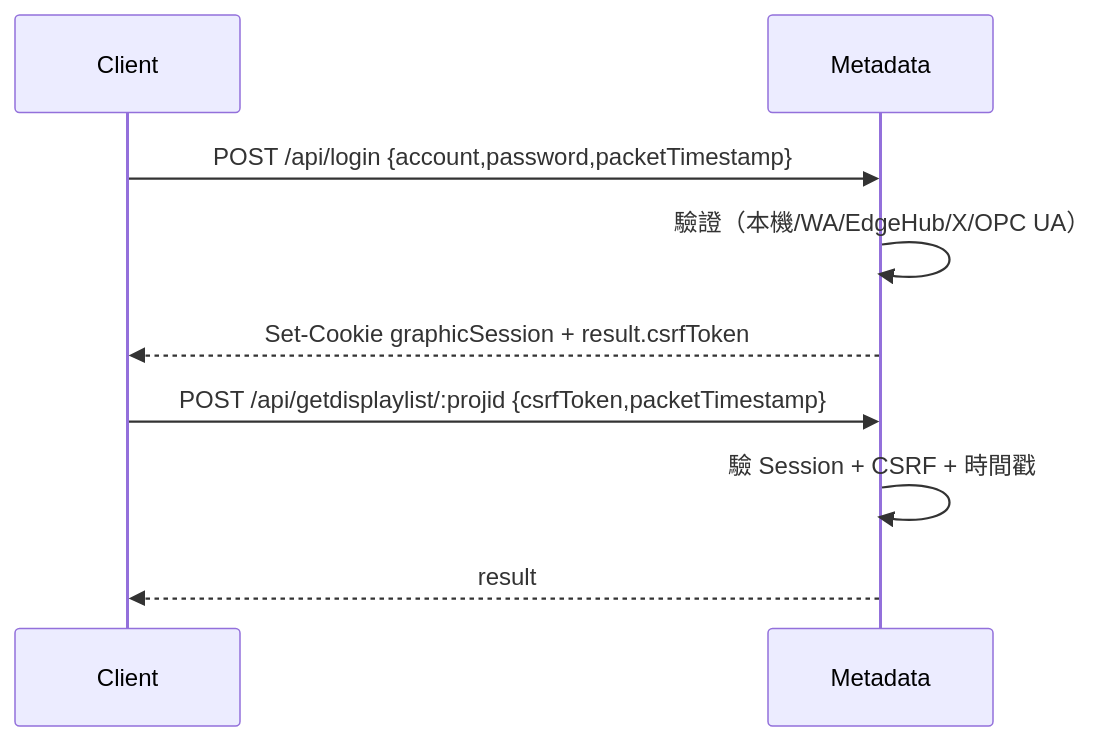
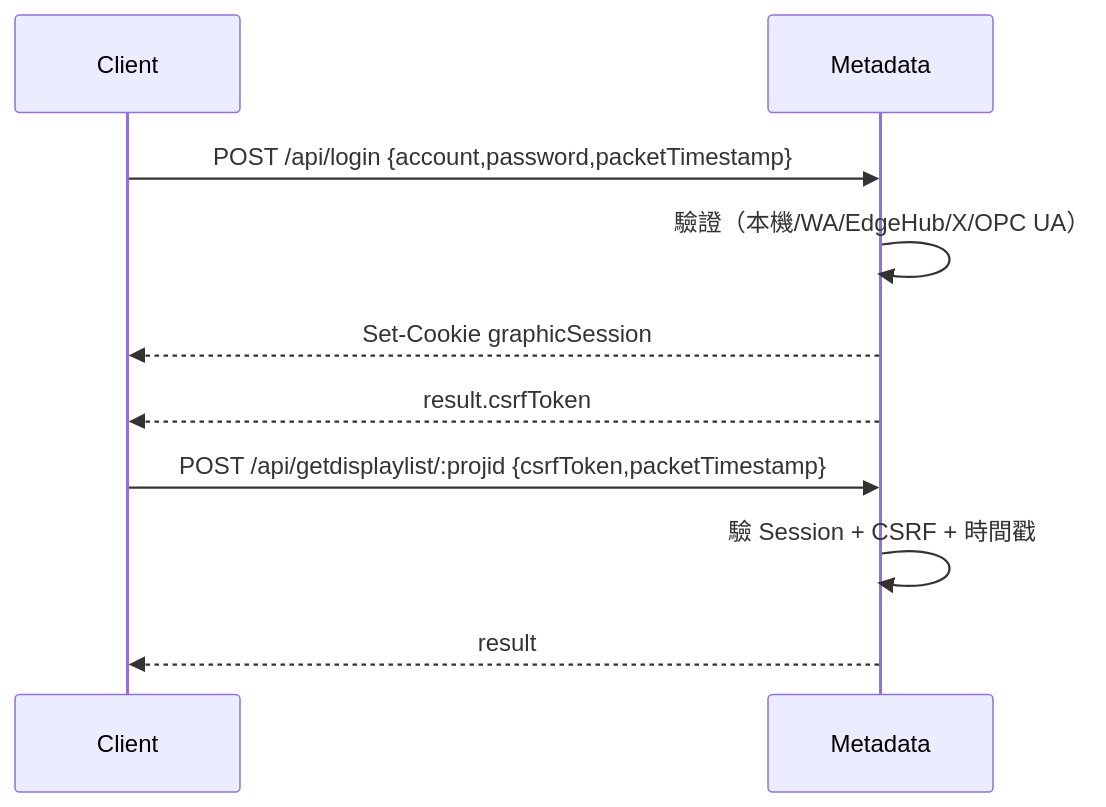
Before and after one commit to PochengChen-del/EdgeViewDoc: the first of 2 diagrams in SDS/07_Interface_Design.md, drawn with Mermaid. The commit also changed 9 other files, not shown here.

Commit message:
security: drop redundant CSRF cookie and encrypt session passwords

````diff
--- a/SDS/07_Interface_Design.md
+++ b/SDS/07_Interface_Design.md
@@ -66,11 +66,12 @@
 ```mermaid
 sequenceDiagram
     participant C as Client
     participant M as Metadata
     C->>M: POST /api/login {account,password,packetTimestamp}
     M->>M: 驗證（本機/WA/EdgeHub/X/OPC UA）
-    M-->>C: Set-Cookie graphicSession + result.csrfToken
+    M-->>C: Set-Cookie graphicSession
+    M-->>C: result.csrfToken
     C->>M: POST /api/getdisplaylist/:projid {csrfToken,packetTimestamp}
     M->>M: 驗 Session + CSRF + 時間戳
     M-->>C: result
 ```
````
